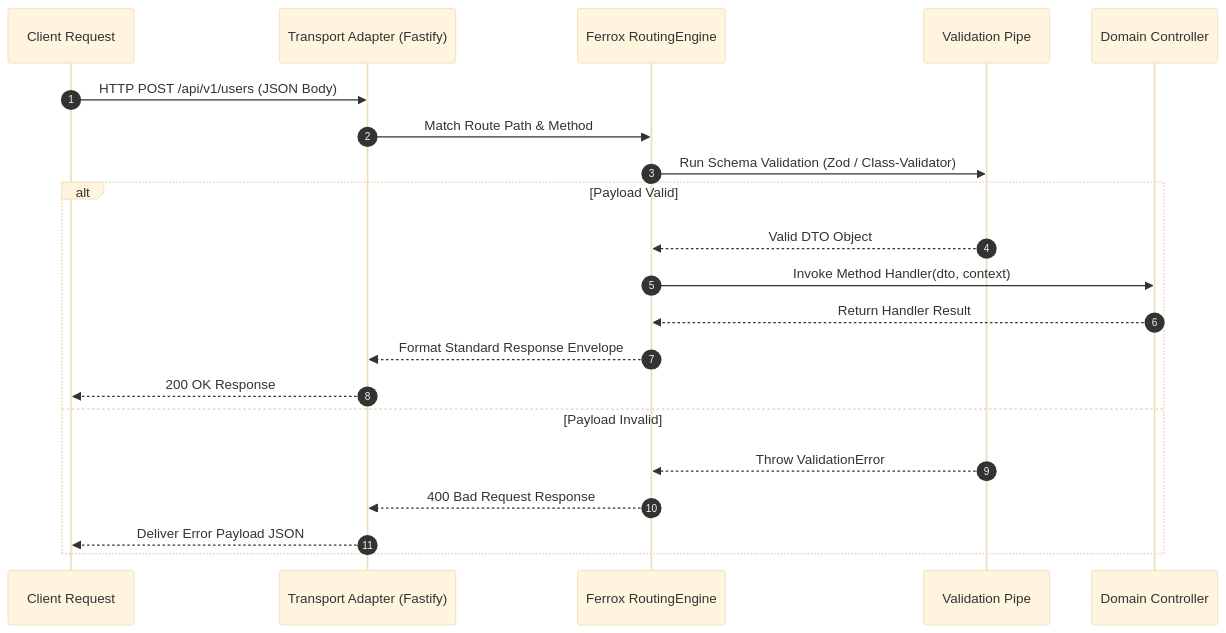
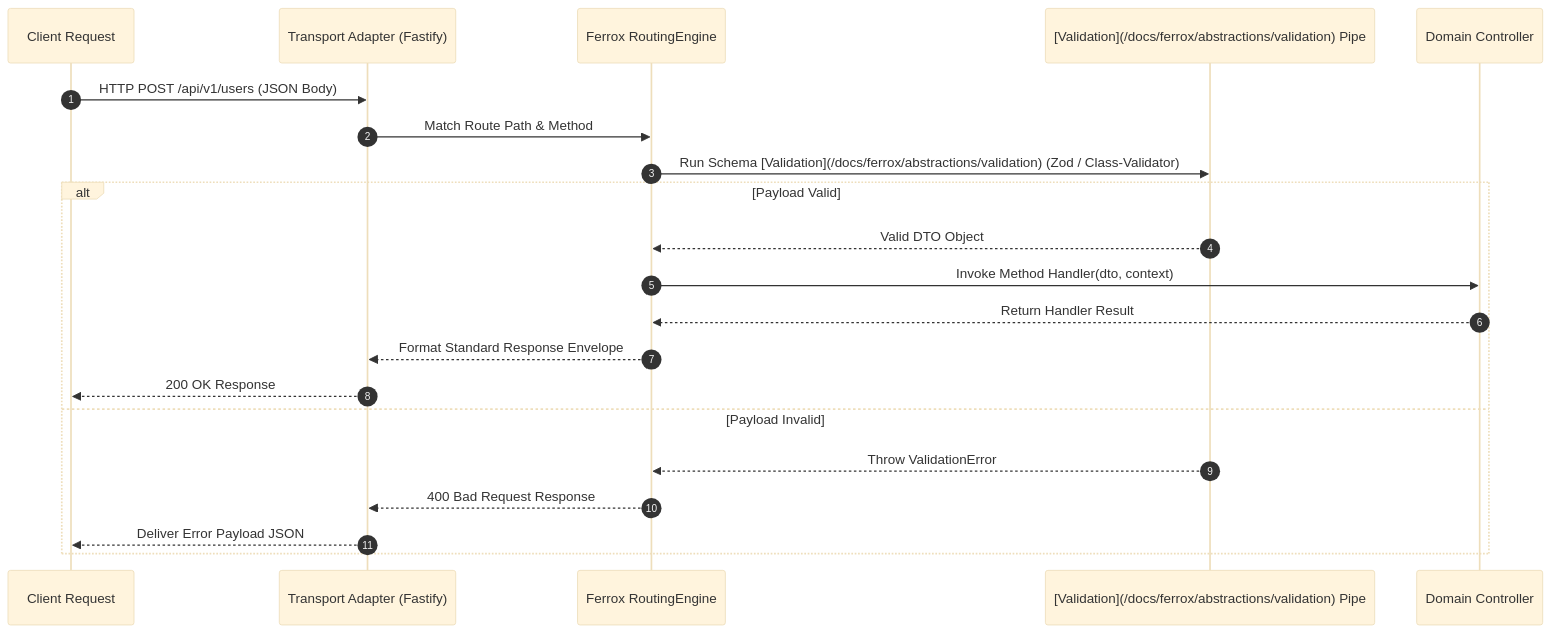
Before and after one commit to AI-Autistic-Intelligence/ferrox-docs: the diagram in docs/ferrox-node/fundamentals/routing.md, drawn with Mermaid (base theme). The commit also changed other lines of this file and 121 other files, not shown here.

````diff
--- a/docs/ferrox-node/fundamentals/routing.md
+++ b/docs/ferrox-node/fundamentals/routing.md
@@ -49,24 +49,24 @@
 ```mermaid
 sequenceDiagram
     autonumber
     participant Client as Client Request
     participant Transport as Transport Adapter (Fastify)
     participant Router as Ferrox RoutingEngine
-    participant Pipe as Validation Pipe
+    participant Pipe as [Validation](/docs/ferrox/abstractions/validation) Pipe
     participant Controller as Domain Controller
 
     Client->>Transport: HTTP POST /api/v1/users (JSON Body)
     Transport->>Router: Match Route Path & Method
-    Router->>Pipe: Run Schema Validation (Zod / Class-Validator)
+    Router->>Pipe: Run Schema [Validation](/docs/ferrox/abstractions/validation) (Zod / Class-Validator)
     alt Payload Valid
         Pipe-->>Router: Valid DTO Object
         Router->>Controller: Invoke Method Handler(dto, context)
         Controller-->>Router: Return Handler Result
         Router-->>Transport: Format Standard Response Envelope
         Transport-->>Client: 200 OK Response
     else Payload Invalid
         Pipe-->>Router: Throw ValidationError
         Router-->>Transport: 400 Bad Request Response
         Transport-->>Client: Deliver Error Payload JSON
     end
 ```
````
